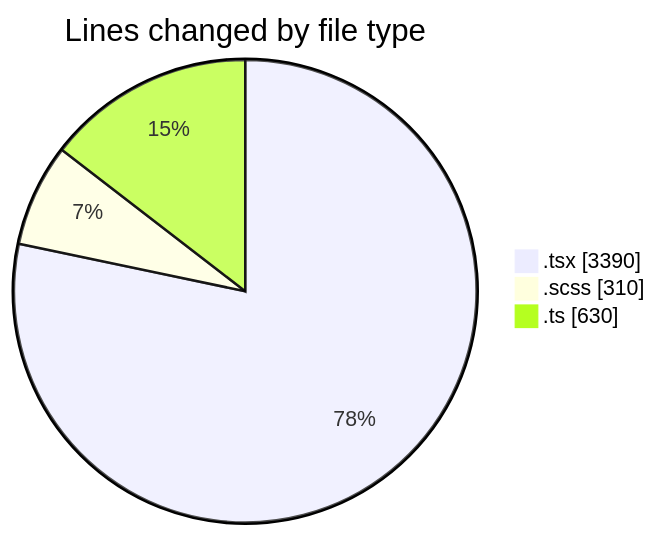
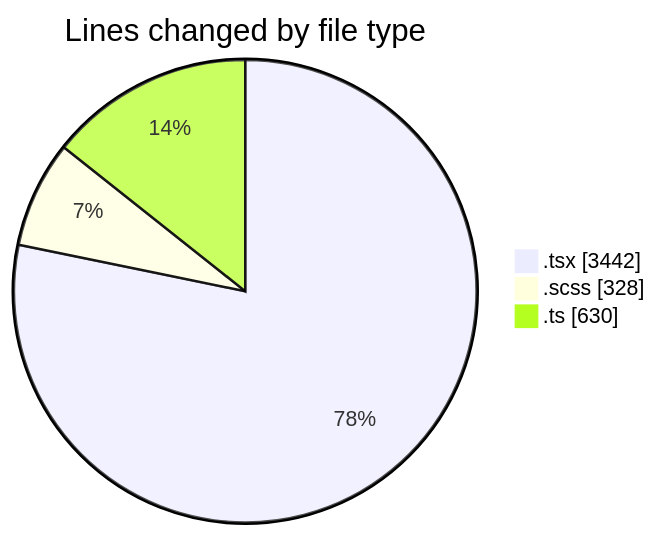
The first of 2 diagrams in 2026-05-01/cda/README.md (momahboobian/code-tracking), drawn with Mermaid before and after one commit. The commit also changed other lines of this file and 1 other file, not shown here.

````diff
--- a/2026-05-01/cda/README.md
+++ b/2026-05-01/cda/README.md
@@ -63,7 +63,7 @@
 ```mermaid
 pie showData
 title Lines changed by file type
-".tsx" : 3390
-".scss" : 310
+".tsx" : 3442
+".scss" : 328
 ".ts" : 630
 ```
````
